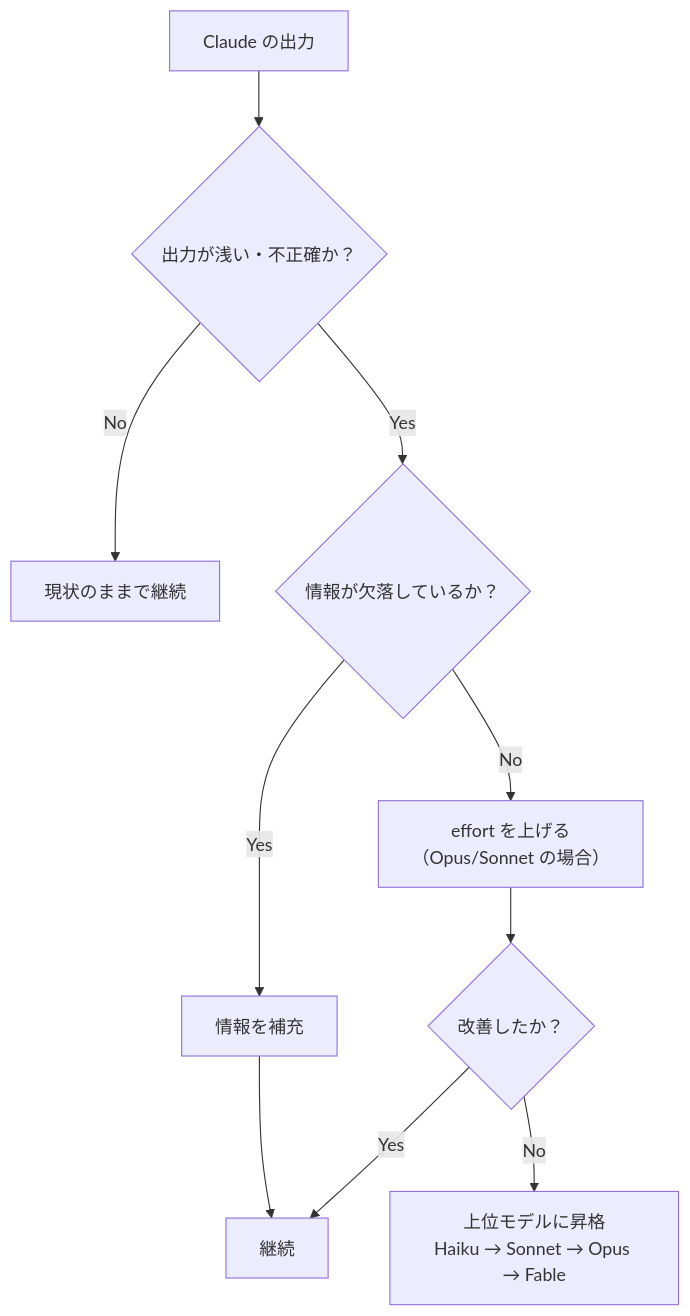
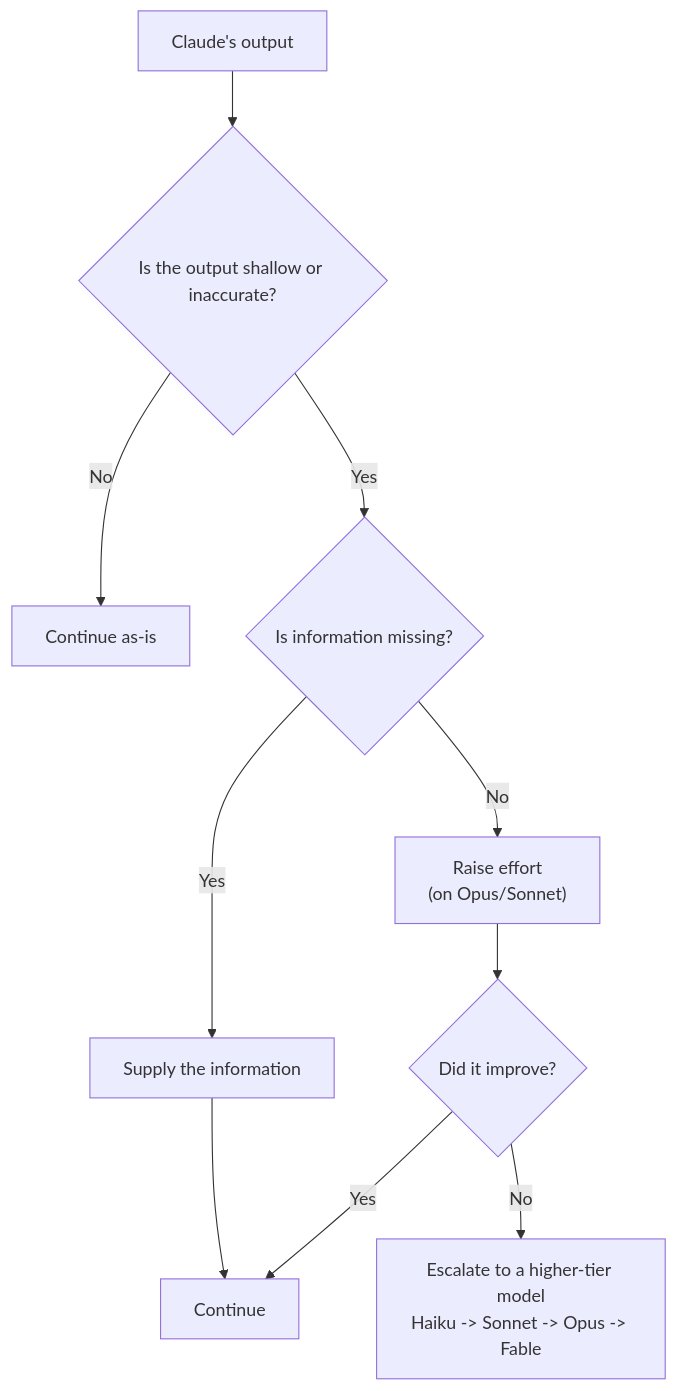
The eighth of 19 diagrams in guide.md (AbdullahMufti/ccao-f-guide), drawn with Mermaid before and after one commit. The commit also changed other lines of this file and 3 other files, not shown here.

````diff
--- a/guide.md
+++ b/guide.md
@@ -542,12 +543,12 @@
 ```mermaid
 flowchart TD
-    START["Claude の出力"] --> Q1{"出力が浅い・不正確か？"}
-    Q1 -->|"No"| KEEP["現状のままで継続"]
-    Q1 -->|"Yes"| Q2{"情報が欠落しているか？"}
-    Q2 -->|"Yes"| SUP["情報を補充"]
-    Q2 -->|"No"| EFF["effort を上げる<br/>（Opus/Sonnet の場合）"]
-    EFF --> Q3{"改善したか？"}
-    Q3 -->|"Yes"| KEEP2["継続"]
-    Q3 -->|"No"| UP["上位モデルに昇格<br/>Haiku → Sonnet → Opus → Fable"]
+    START["Claude's output"] --> Q1{"Is the output shallow or inaccurate?"}
+    Q1 -->|"No"| KEEP["Continue as-is"]
+    Q1 -->|"Yes"| Q2{"Is information missing?"}
+    Q2 -->|"Yes"| SUP["Supply the information"]
+    Q2 -->|"No"| EFF["Raise effort<br/>(on Opus/Sonnet)"]
+    EFF --> Q3{"Did it improve?"}
+    Q3 -->|"Yes"| KEEP2["Continue"]
+    Q3 -->|"No"| UP["Escalate to a higher-tier model<br/>Haiku -> Sonnet -> Opus -> Fable"]
     SUP --> KEEP2
 ```
````
